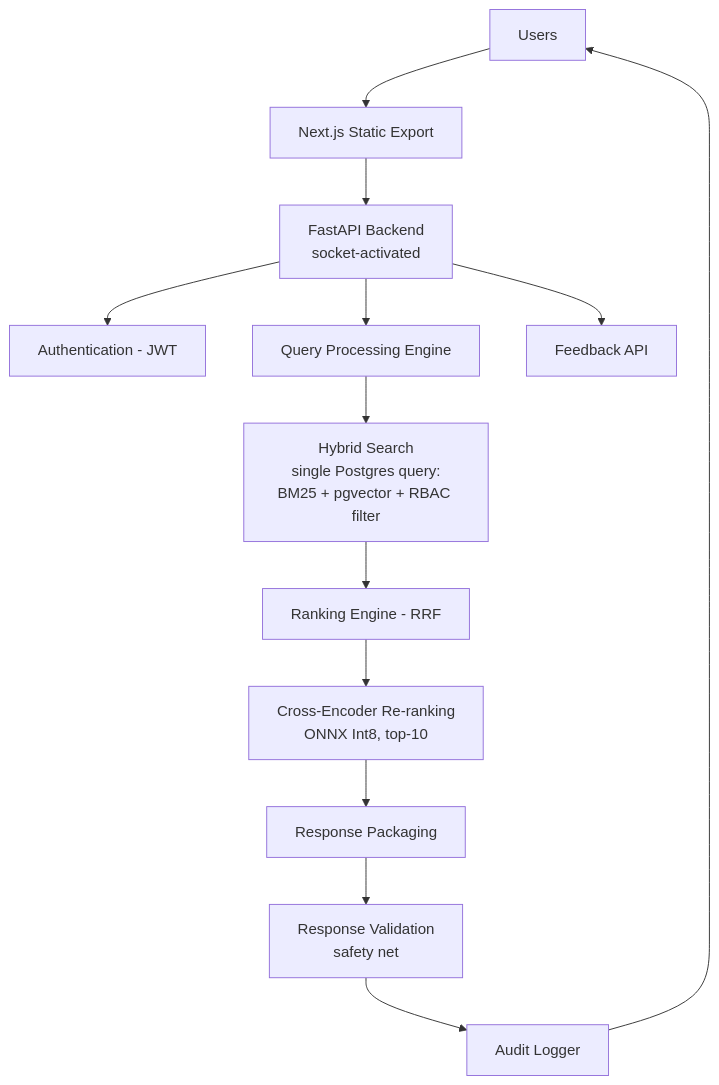
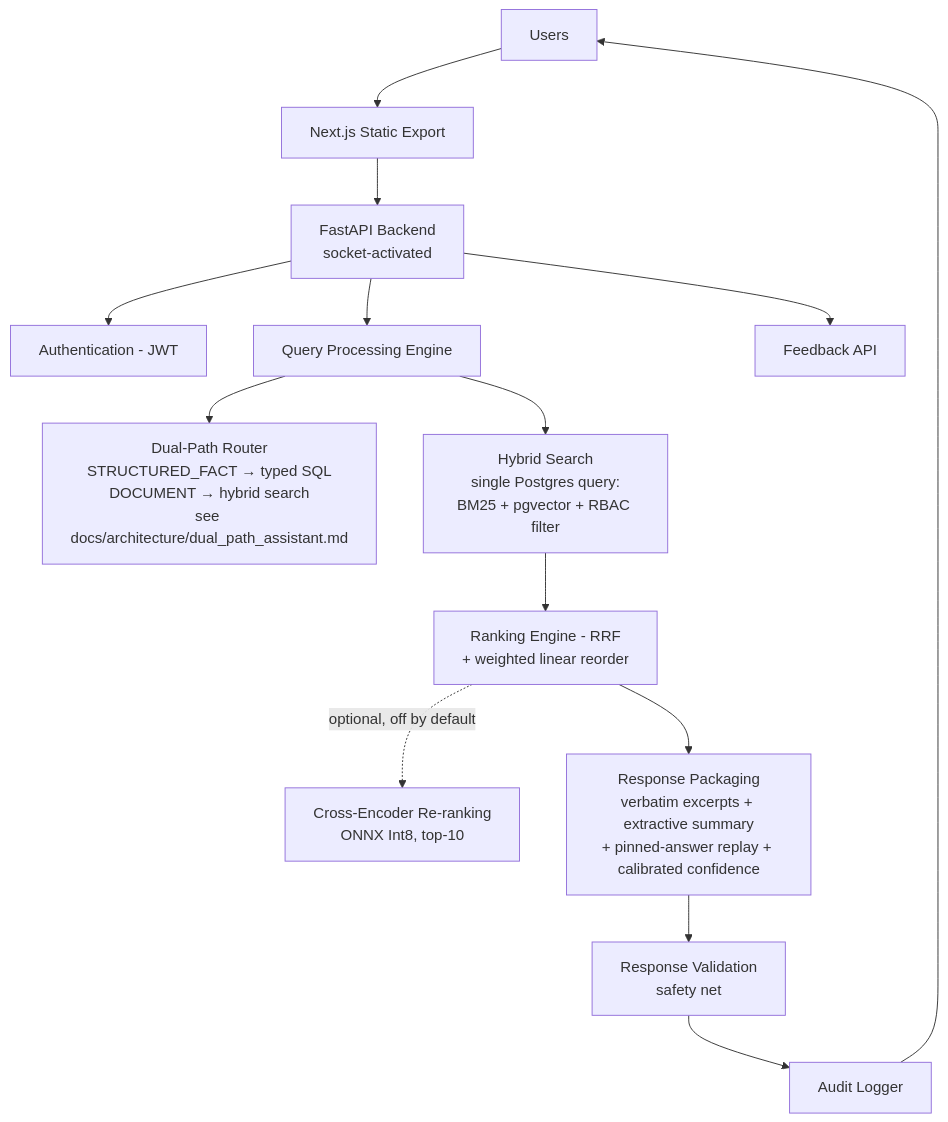
The first of 9 diagrams in Final_System_Design.md (SHREENIDHIMS/Asto-v1), drawn with Mermaid before and after one commit. The commit also changed other lines of this file and 1 other file, not shown here.

````diff
--- a/Final_System_Design.md
+++ b/Final_System_Design.md
@@ -78,15 +81,16 @@
 ```mermaid
 flowchart TD
     U[Users] --> FE[Next.js Static Export]
     FE --> API[FastAPI Backend<br/>socket-activated]
     API --> AUTH[Authentication - JWT]
     API --> QP[Query Processing Engine]
     API --> FB[Feedback API]
+    QP --> FP[Dual-Path Router<br/>STRUCTURED_FACT → typed SQL<br/>DOCUMENT → hybrid search<br/>see docs/architecture/dual_path_assistant.md]
     QP --> HS[Hybrid Search<br/>single Postgres query:<br/>BM25 + pgvector + RBAC filter]
-    HS --> RANK[Ranking Engine - RRF]
-    RANK --> RERANK[Cross-Encoder Re-ranking<br/>ONNX Int8, top-10]
-    RERANK --> PKG[Response Packaging]
+    HS --> RANK[Ranking Engine - RRF<br/>+ weighted linear reorder]
+    RANK -. optional, off by default .-> RERANK[Cross-Encoder Re-ranking<br/>ONNX Int8, top-10]
+    RANK --> PKG[Response Packaging<br/>verbatim excerpts + extractive summary<br/>+ pinned-answer replay + calibrated confidence]
     PKG --> VAL[Response Validation<br/>safety net]
     VAL --> AUDIT[Audit Logger]
     AUDIT --> U
 ```
````
